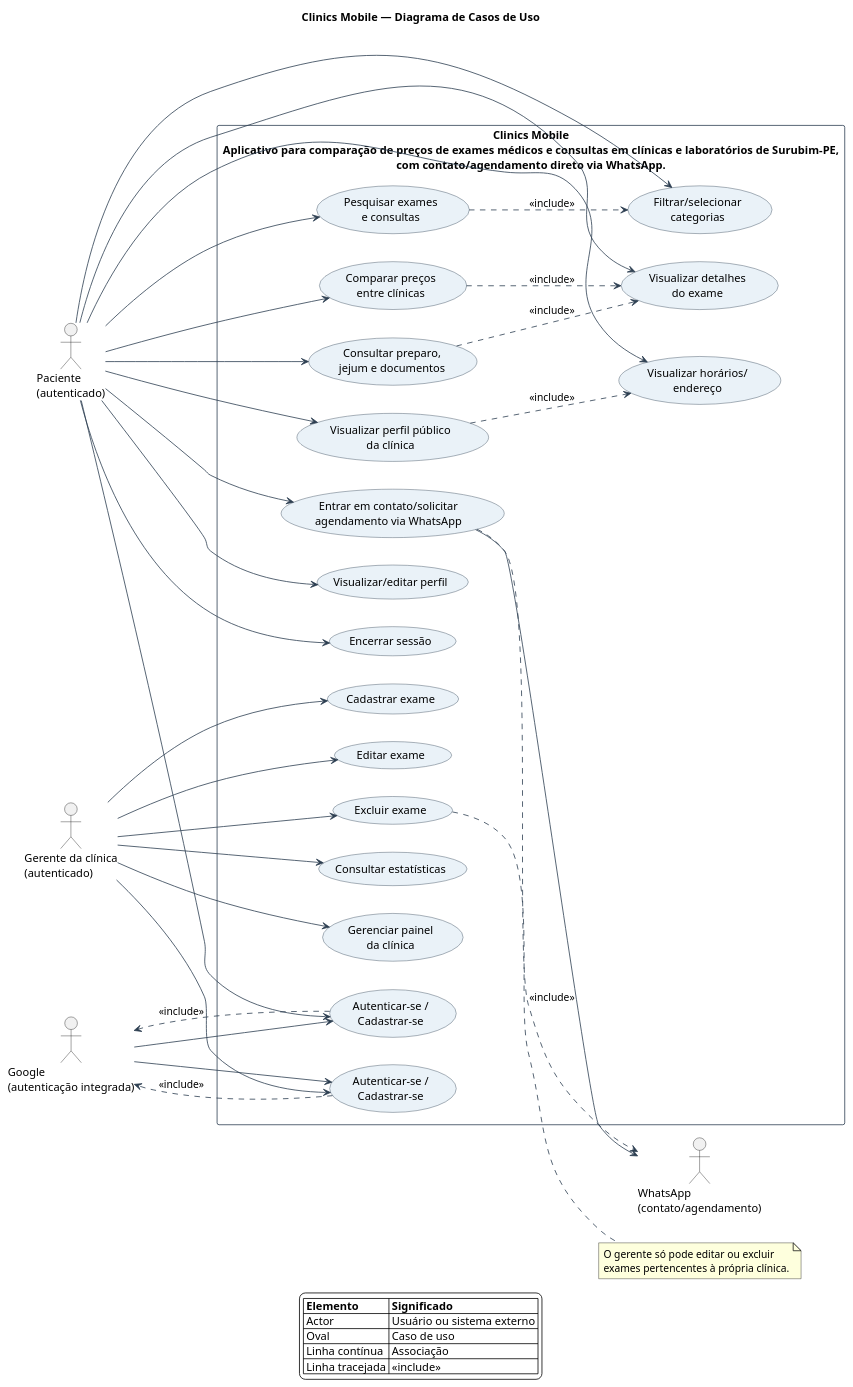
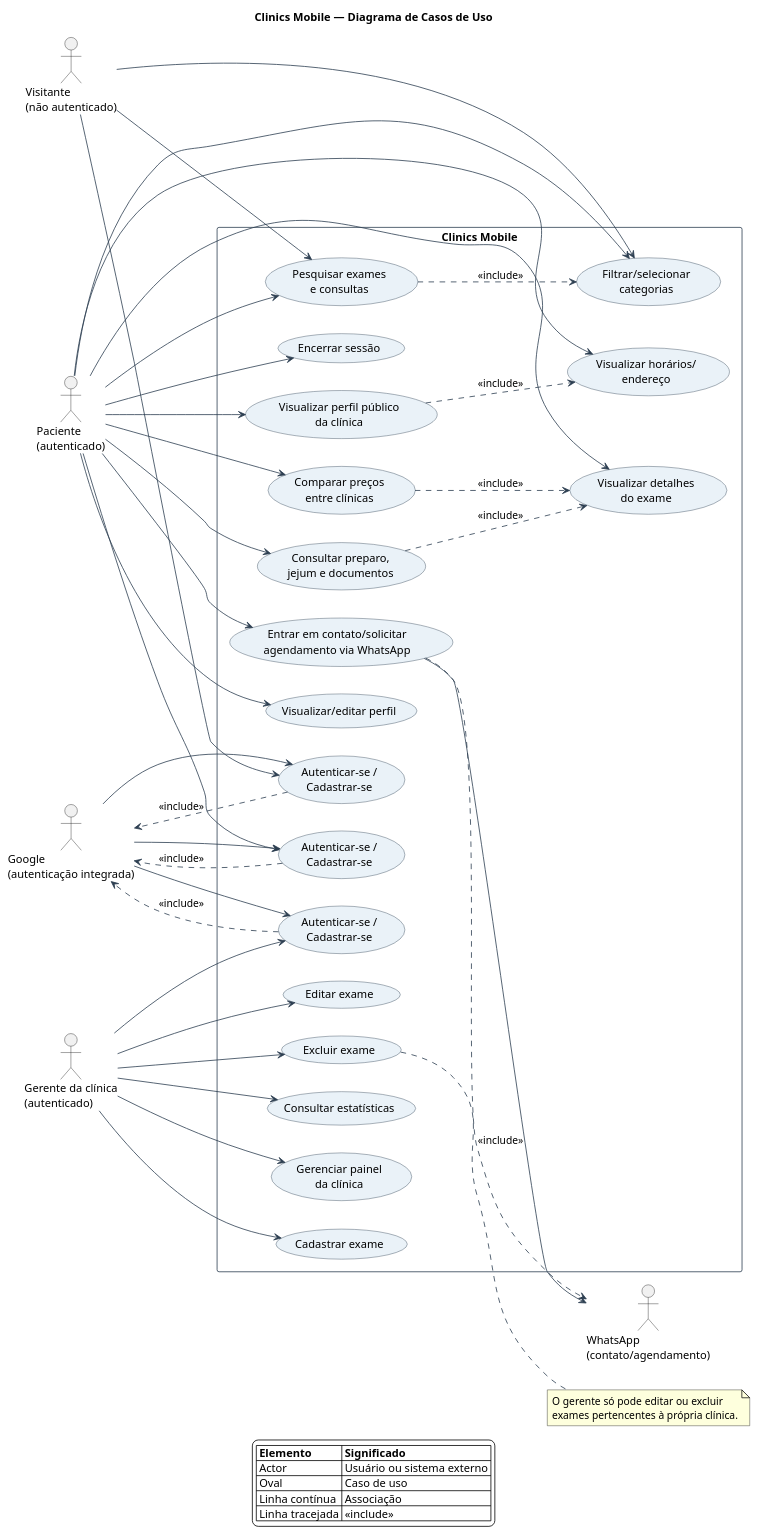
One commit to MarcioFerreiraL/clinics-mobile changed the diagram in docs/diagrams/Use-Case-Diagram.puml. Above: the diagram before and after it, drawn with PlantUML.

Commit message:
chore: Refactor in Use Case Diagram

```diff
--- a/docs/diagrams/Use-Case-Diagram.puml
+++ b/docs/diagrams/Use-Case-Diagram.puml
@@ -1,128 +1,181 @@
 @startuml
 
 title Clinics Mobile — Diagrama de Casos de Uso
 
 left to right direction
 
 skinparam backgroundColor white
 skinparam packageStyle rectangle
 skinparam actorStyle stickman
+
 skinparam usecase {
     BackgroundColor #EAF2F8
     BorderColor #2C3E50
     ArrowColor #2C3E50
 }
+
 skinparam rectangle {
     BorderColor #2C3E50
 }
 
+
+' ============================================================
+' ATORES
+' ============================================================
+
+actor "Visitante\n(não autenticado)" as Visitante
 actor "Paciente\n(autenticado)" as Paciente
 actor "Gerente da clínica\n(autenticado)" as Gerente
 
 actor "Google\n(autenticação integrada)" as Google
 actor "WhatsApp\n(contato/agendamento)" as WhatsApp
 
 
-rectangle "Clinics Mobile\nAplicativo para comparação de preços de exames médicos e consultas em clínicas e laboratórios de Surubim-PE,\ncom contato/agendamento direto via WhatsApp." {
+rectangle "Clinics Mobile" {
 
-    ' =========================
+    ' ========================================================
+    ' VISITANTE
+    ' ========================================================
+
+    usecase "Autenticar-se /\nCadastrar-se" as UC_Auth_Visitante
+
+    usecase "Pesquisar exames\ne consultas" as UC_Pesquisar
+
+    usecase "Filtrar/selecionar\ncategorias" as UC_Filtrar
+
+
+    ' ========================================================
     ' PACIENTE
-    ' =========================
+    ' ========================================================
 
     usecase "Autenticar-se /\nCadastrar-se" as UC_Auth_Paciente
-    usecase "Pesquisar exames\ne consultas" as UC_Pesquisar
-    usecase "Filtrar/selecionar\ncategorias" as UC_Filtrar
+
     usecase "Comparar preços\nentre clínicas" as UC_Comparar
+
     usecase "Visualizar detalhes\ndo exame" as UC_Detalhes
+
     usecase "Consultar preparo,\njejum e documentos" as UC_Preparo
+
     usecase "Visualizar perfil público\nda clínica" as UC_PerfilClinica
+
     usecase "Visualizar horários/\nendereço" as UC_Horarios
+
     usecase "Entrar em contato/solicitar\nagendamento via WhatsApp" as UC_WhatsApp
+
     usecase "Visualizar/editar perfil" as UC_Perfil
+
     usecase "Encerrar sessão" as UC_Logout
 
 
-    ' =========================
+    ' ========================================================
     ' GERENTE DA CLÍNICA
-    ' =========================
+    ' ========================================================
 
     usecase "Autenticar-se /\nCadastrar-se" as UC_Auth_Gerente
+
     usecase "Gerenciar painel\nda clínica" as UC_Painel
+
     usecase "Cadastrar exame" as UC_CadastrarExame
+
     usecase "Editar exame" as UC_EditarExame
+
     usecase "Excluir exame" as UC_ExcluirExame
+
     usecase "Consultar estatísticas" as UC_Estatisticas
 
 
-    ' =========================
+    ' ========================================================
+    ' ASSOCIAÇÕES — VISITANTE
+    ' ========================================================
+
+    Visitante --> UC_Auth_Visitante
+    Visitante --> UC_Pesquisar
+    Visitante --> UC_Filtrar
+
+
+    ' ========================================================
     ' ASSOCIAÇÕES — PACIENTE
-    ' =========================
+    ' ========================================================
 
     Paciente --> UC_Auth_Paciente
     Paciente --> UC_Pesquisar
     Paciente --> UC_Filtrar
     Paciente --> UC_Comparar
     Paciente --> UC_Detalhes
     Paciente --> UC_Preparo
     Paciente --> UC_PerfilClinica
     Paciente --> UC_Horarios
     Paciente --> UC_WhatsApp
     Paciente --> UC_Perfil
     Paciente --> UC_Logout
 
 
-    ' =========================
+    ' ========================================================
     ' ASSOCIAÇÕES — GERENTE
-    ' =========================
+    ' ========================================================
 
     Gerente --> UC_Auth_Gerente
     Gerente --> UC_Painel
     Gerente --> UC_CadastrarExame
     Gerente --> UC_EditarExame
     Gerente --> UC_ExcluirExame
     Gerente --> UC_Estatisticas
 
 
-    ' =========================
-    ' INTEGRAÇÕES EXTERNAS
-    ' =========================
+    ' ========================================================
+    ' SISTEMAS EXTERNOS
+    ' ========================================================
 
+    Google --> UC_Auth_Visitante
     Google --> UC_Auth_Paciente
     Google --> UC_Auth_Gerente
 
     UC_WhatsApp --> WhatsApp
 
 
-    ' =========================
-    ' RELACIONAMENTOS INCLUDE
-    ' =========================
+    ' ========================================================
+    ' RELACIONAMENTOS <<include>>
+    ' ========================================================
+
+    UC_Auth_Visitante ..> Google : <<include>>
 
     UC_Auth_Paciente ..> Google : <<include>>
+
     UC_Auth_Gerente ..> Google : <<include>>
 
     UC_Pesquisar ..> UC_Filtrar : <<include>>
 
     UC_Comparar ..> UC_Detalhes : <<include>>
 
     UC_Preparo ..> UC_Detalhes : <<include>>
 
     UC_PerfilClinica ..> UC_Horarios : <<include>>
 
     UC_WhatsApp ..> WhatsApp : <<include>>
 
 }
 
+
+' ============================================================
+' REGRA DE NEGÓCIO
+' ============================================================
+
 note right of UC_ExcluirExame
 O gerente só pode editar ou excluir
 exames pertencentes à própria clínica.
 end note
+
+
+' ============================================================
+' LEGENDA
+' ============================================================
 
 legend bottom
 |= Elemento |= Significado |
 | Actor | Usuário ou sistema externo |
 | Oval | Caso de uso |
 | Linha contínua | Associação |
 | Linha tracejada | <<include>> |
 endlegend
 
 @enduml
```
